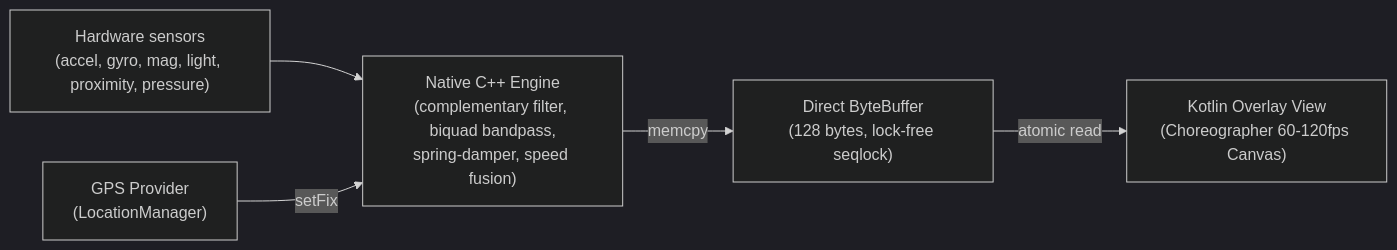
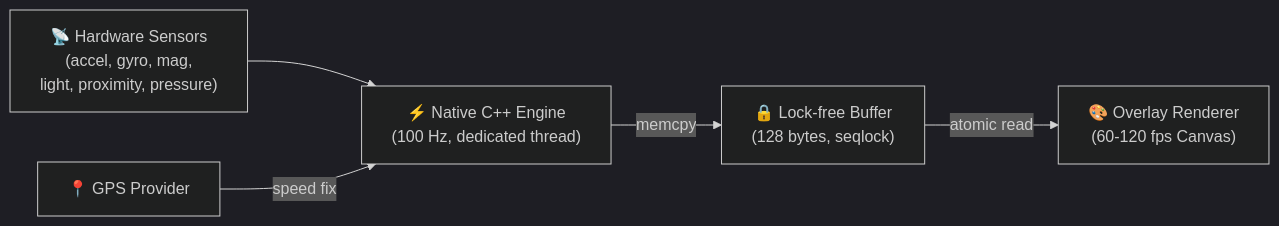
Before and after one commit to SniperOfTDM/MotionClue: the diagram in README.md, drawn with Mermaid (dark theme). The commit also changed other lines of this file and 3 other files, not shown here.

````diff
--- a/README.md
+++ b/README.md
@@ -62,13 +48,13 @@
 ```mermaid
 flowchart LR
-    S["Hardware sensors\n(accel, gyro, mag, light, proximity, pressure)"]
-    G["GPS Provider\n(LocationManager)"]
-    E["Native C++ Engine\n(complementary filter, biquad bandpass,\nspring-damper, speed fusion)"]
-    B["Direct ByteBuffer\n(128 bytes, lock-free seqlock)"]
-    K["Kotlin Overlay View\n(Choreographer 60-120fps Canvas)"]
+    S["📡 Hardware Sensors\n(accel, gyro, mag,\nlight, proximity, pressure)"]
+    G["📍 GPS Provider"]
+    E["⚡ Native C++ Engine\n(100 Hz, dedicated thread)"]
+    B["🔒 Lock-free Buffer\n(128 bytes, seqlock)"]
+    K["🎨 Overlay Renderer\n(60-120 fps Canvas)"]
 
     S --> E
-    G -->|setFix| E
+    G -->|speed fix| E
     E -->|memcpy| B
     B -->|atomic read| K
 ```
````
